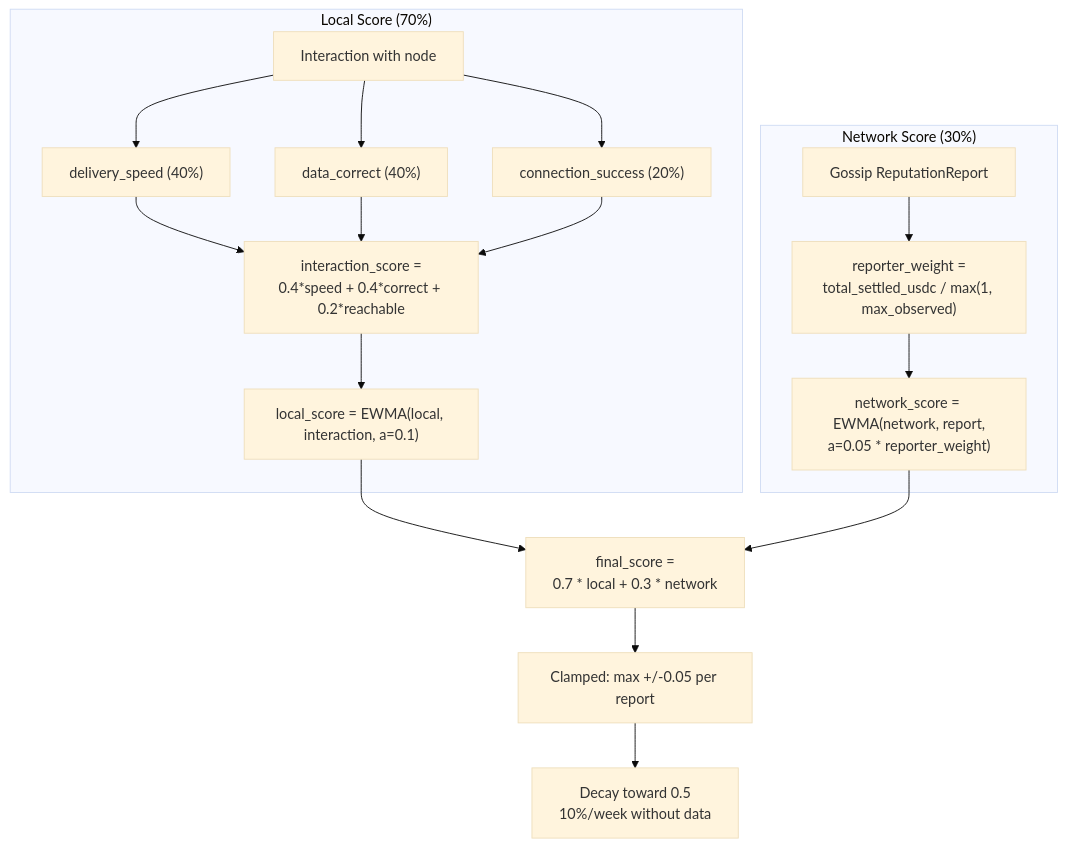
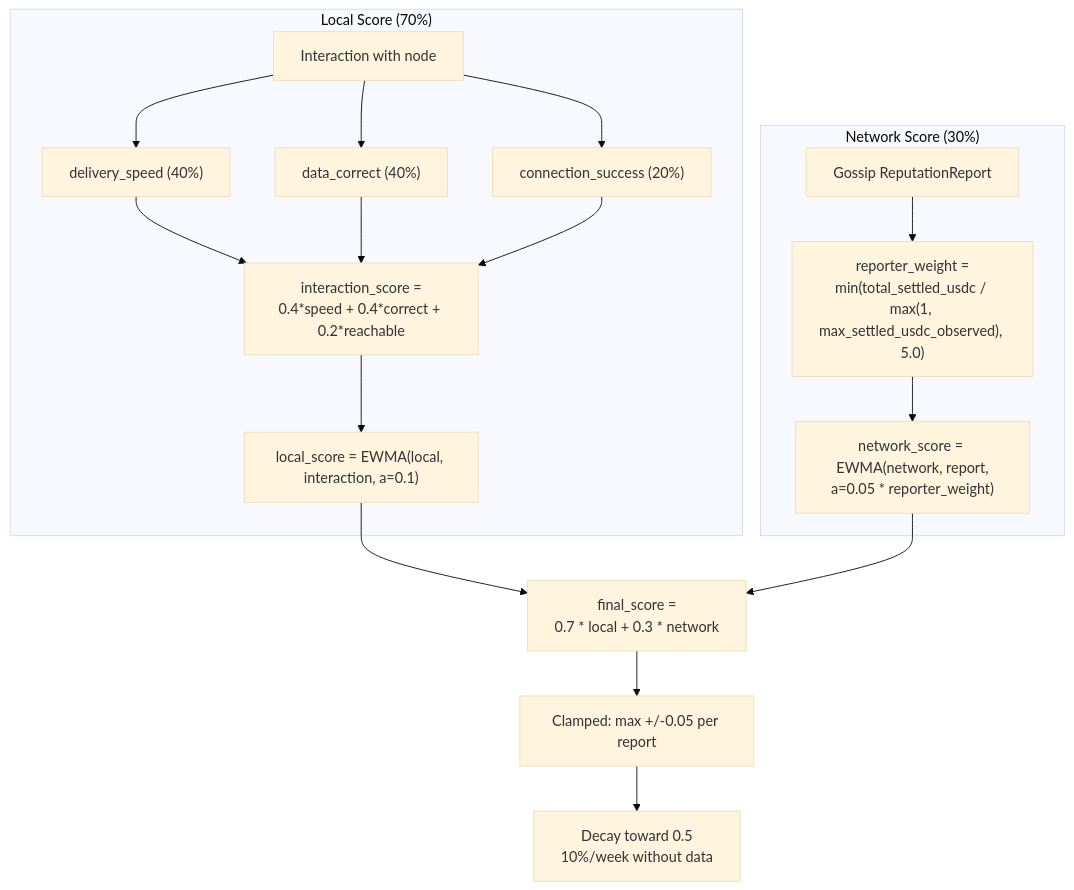
The first of 2 diagrams in adr/008-reputation.md (decdn/decdn), drawn with Mermaid (base theme) before and after one commit. The commit also changed other lines of this file and 1 other file, not shown here.

First line of the commit message:
docs: cap reporter weight and document incumbency bias (ADR 008) (#100)

````diff
--- a/adr/008-reputation.md
+++ b/adr/008-reputation.md
@@ -67,23 +70,23 @@
 ```mermaid
 flowchart TD
     subgraph Local["Local Score (70%)"]
         I[Interaction with node] --> M1["delivery_speed (40%)"]
         I --> M2["data_correct (40%)"]
         I --> M3["connection_success (20%)"]
         M1 --> IS["interaction_score =<br/>0.4*speed + 0.4*correct + 0.2*reachable"]
         M2 --> IS
         M3 --> IS
         IS --> EWMA1["local_score = EWMA(local, interaction, a=0.1)"]
     end
 
     subgraph Network["Network Score (30%)"]
-        GR[Gossip ReputationReport] --> RW["reporter_weight =<br/>total_settled_usdc / max(1, max_observed)"]
+        GR[Gossip ReputationReport] --> RW["reporter_weight =<br/>min(total_settled_usdc / max(1, max_settled_usdc_observed), 5.0)"]
         RW --> EWMA2["network_score = EWMA(network, report,<br/>a=0.05 * reporter_weight)"]
     end
 
     EWMA1 --> FINAL["final_score =<br/>0.7 * local + 0.3 * network"]
     EWMA2 --> FINAL
 
     FINAL --> CLAMP["Clamped: max +/-0.05 per report"]
     CLAMP --> DECAY["Decay toward 0.5<br/>10%/week without data"]
 ```
````
